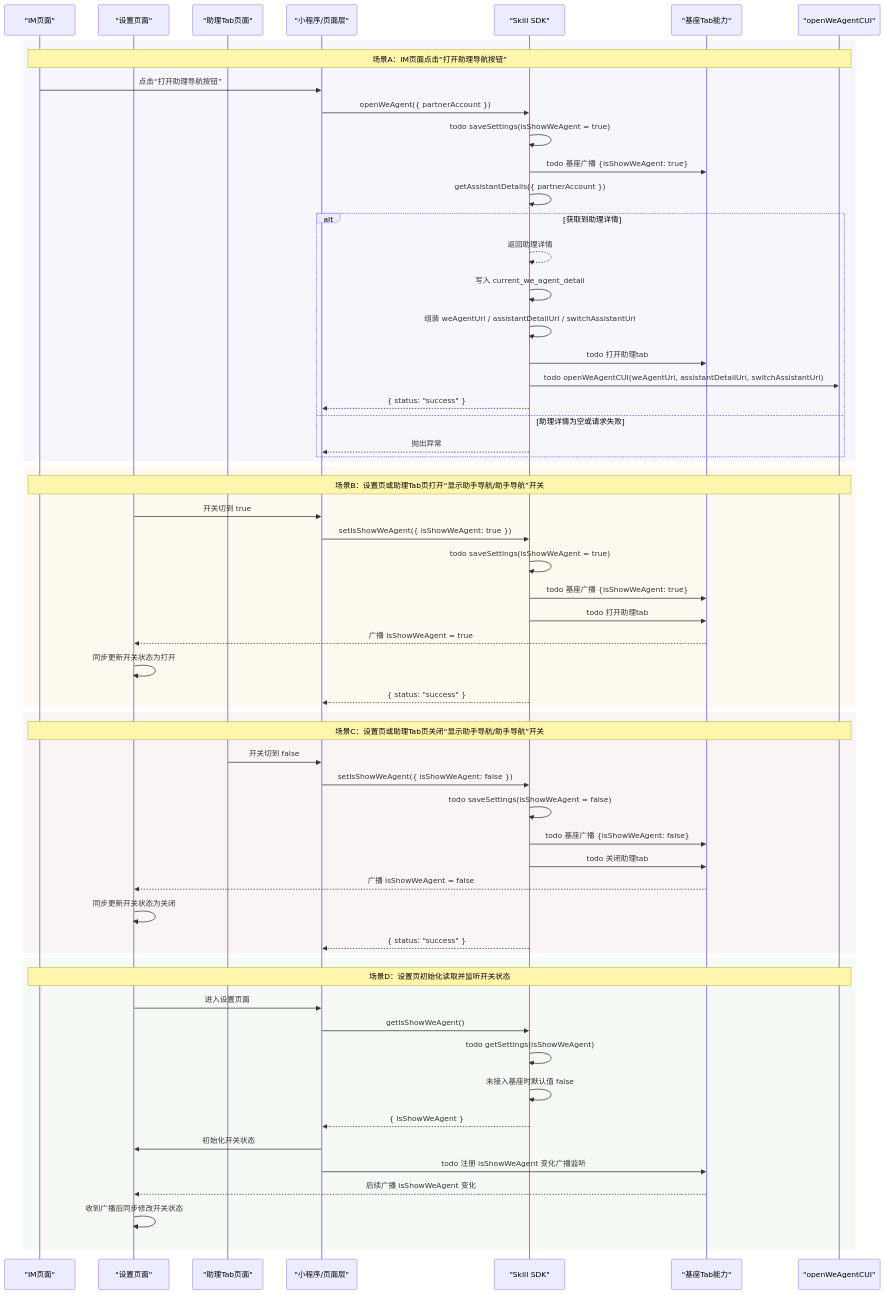
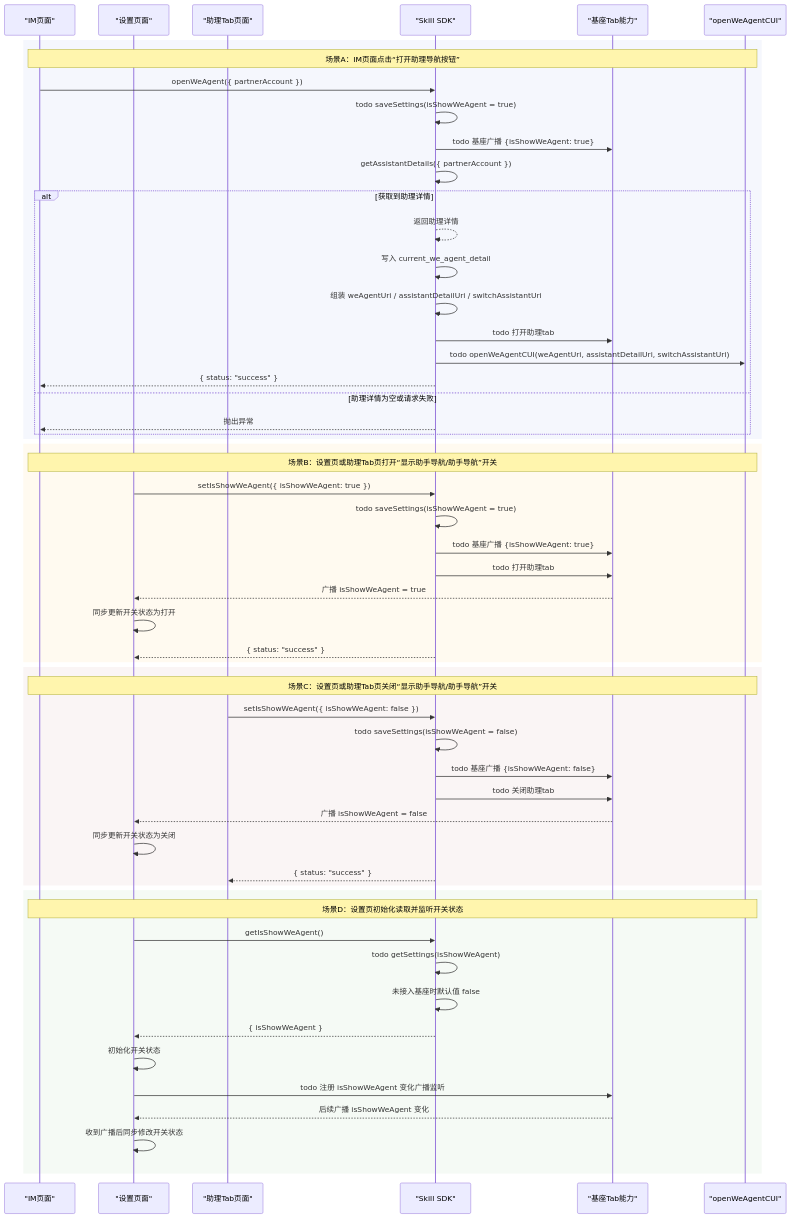
Before and after one commit to Abelsjcheng/skillSDK: the diagram in 2026-05-12-we-agent-visibility-and-open-plan.md, drawn with Mermaid.

Commit message:
更新文档

````diff
--- a/2026-05-12-we-agent-visibility-and-open-plan.md
+++ b/2026-05-12-we-agent-visibility-and-open-plan.md
@@ -261,66 +261,61 @@
 ```mermaid
 sequenceDiagram
     participant IM as "IM页面"
     participant Settings as "设置页面"
     participant AssistantTab as "助理Tab页面"
-    participant MiniApp as "小程序/页面层"
     participant SDK as "Skill SDK"
     participant Host as "基座Tab能力"
     participant CUI as "openWeAgentCUI"
 
     rect rgb(245, 247, 253)
         Note over IM,CUI: 场景A：IM页面点击“打开助理导航按钮”
-        IM->>MiniApp: 点击“打开助理导航按钮”
-        MiniApp->>SDK: openWeAgent({ partnerAccount })
+        IM->>SDK: openWeAgent({ partnerAccount })
         SDK->>SDK: todo saveSettings(isShowWeAgent = true)
         SDK->>Host: todo 基座广播 {isShowWeAgent: true}
         SDK->>SDK: getAssistantDetails({ partnerAccount })
         alt 获取到助理详情
             SDK-->>SDK: 返回助理详情
             SDK->>SDK: 写入 current_we_agent_detail
             SDK->>SDK: 组装 weAgentUri / assistantDetailUri / switchAssistantUri
             SDK->>Host: todo 打开助理tab
             SDK->>CUI: todo openWeAgentCUI(weAgentUri, assistantDetailUri, switchAssistantUri)
-            SDK-->>MiniApp: { status: "success" }
+            SDK-->>IM: { status: "success" }
         else 助理详情为空或请求失败
-            SDK-->>MiniApp: 抛出异常
+            SDK-->>IM: 抛出异常
         end
     end
 
     rect rgb(255, 250, 240)
         Note over IM,CUI: 场景B：设置页或助理Tab页打开“显示助手导航/助手导航”开关
-        Settings->>MiniApp: 开关切到 true
-        MiniApp->>SDK: setIsShowWeAgent({ isShowWeAgent: true })
+        Settings->>SDK: setIsShowWeAgent({ isShowWeAgent: true })
         SDK->>SDK: todo saveSettings(isShowWeAgent = true)
         SDK->>Host: todo 基座广播 {isShowWeAgent: true}
         SDK->>Host: todo 打开助理tab
         Host-->>Settings: 广播 isShowWeAgent = true
         Settings->>Settings: 同步更新开关状态为打开
-        SDK-->>MiniApp: { status: "success" }
+        SDK-->>Settings: { status: "success" }
     end
 
     rect rgb(250, 245, 245)
         Note over IM,CUI: 场景C：设置页或助理Tab页关闭“显示助手导航/助手导航”开关
-        AssistantTab->>MiniApp: 开关切到 false
-        MiniApp->>SDK: setIsShowWeAgent({ isShowWeAgent: false })
+        AssistantTab->>SDK: setIsShowWeAgent({ isShowWeAgent: false })
         SDK->>SDK: todo saveSettings(isShowWeAgent = false)
         SDK->>Host: todo 基座广播 {isShowWeAgent: false}
         SDK->>Host: todo 关闭助理tab
         Host-->>Settings: 广播 isShowWeAgent = false
         Settings->>Settings: 同步更新开关状态为关闭
-        SDK-->>MiniApp: { status: "success" }
+        SDK-->>AssistantTab: { status: "success" }
     end
 
     rect rgb(245, 250, 245)
         Note over IM,CUI: 场景D：设置页初始化读取并监听开关状态
-        Settings->>MiniApp: 进入设置页面
-        MiniApp->>SDK: getIsShowWeAgent()
+        Settings->>SDK: getIsShowWeAgent()
         SDK->>SDK: todo getSettings(isShowWeAgent)
         SDK->>SDK: 未接入基座时默认值 false
-        SDK-->>MiniApp: { isShowWeAgent }
-        MiniApp->>Settings: 初始化开关状态
-        MiniApp->>Host: todo 注册 isShowWeAgent 变化广播监听
+        SDK-->>Settings: { isShowWeAgent }
+        Settings->>Settings: 初始化开关状态
+        Settings->>Host: todo 注册 isShowWeAgent 变化广播监听
         Host-->>Settings: 后续广播 isShowWeAgent 变化
         Settings->>Settings: 收到广播后同步修改开关状态
     end
 ```
````
